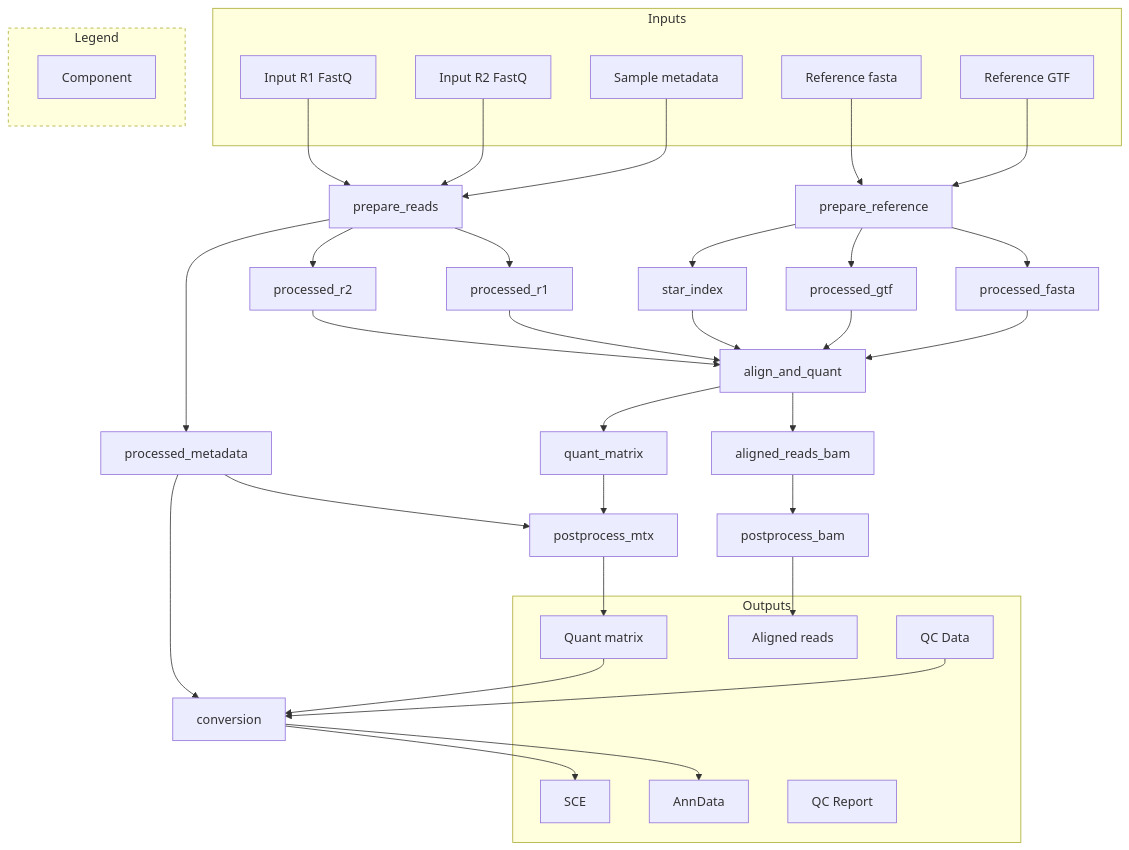
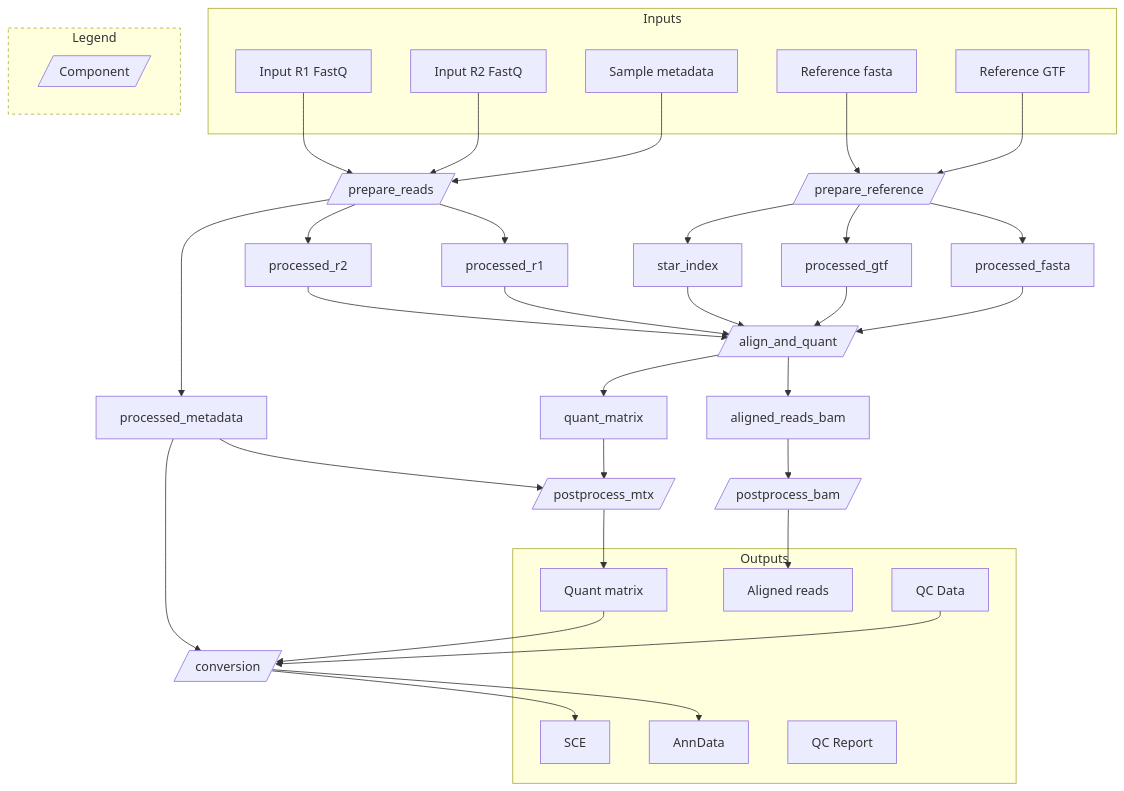
One commit to viash-hub/rnaseq changed the first of 3 diagrams in README.qmd. Above: the diagram before and after it, drawn with Mermaid. The commit also changed other lines of this file and 1 other file, not shown here.

Commit message:
change component shape

````diff
--- a/README.qmd
+++ b/README.qmd
@@ -14,48 +14,48 @@
 ```{mermaid}
 flowchart TB
 
   subgraph inputs[Inputs]
     input_r1[Input R1 FastQ]
     input_r2[Input R2 FastQ]
     sample_metadata[Sample metadata]
     reference_fasta[Reference fasta]
     reference_gtf[Reference GTF]
   end
   inputs:::io
 
   input_r1 & input_r2 & sample_metadata --> prepare_reads --> processed_r1 & processed_r2 & processed_metadata
-  prepare_reads:::comp
+  prepare_reads[/prepare_reads/]:::comp
 
   reference_fasta & reference_gtf --> prepare_reference --> processed_fasta & processed_gtf & star_index
-  prepare_reference:::comp
+  prepare_reference[/prepare_reference/]:::comp
 
   processed_r1 & processed_r2 & star_index & processed_fasta & processed_gtf --> align_and_quant --> aligned_reads_bam & quant_matrix
-  align_and_quant:::comp
+  align_and_quant[/align_and_quant/]:::comp
 
   aligned_reads_bam --> postprocess_bam --> output_aligned_reads_bam
-  postprocess_bam:::comp
+  postprocess_bam[/postprocess_bam/]:::comp
 
   quant_matrix & processed_metadata --> postprocess_mtx --> output_quant_matrix
-  postprocess_mtx:::comp
+  postprocess_mtx[/postprocess_mtx/]:::comp
 
   processed_metadata & output_quant_matrix & output_combined_qc_data --> conversion --> output_anndata & output_sce
-  conversion:::comp
+  conversion[/conversion/]:::comp
 
   subgraph outputs[Outputs]
     output_aligned_reads_bam[Aligned reads]
     output_quant_matrix[Quant matrix]
     output_combined_qc_data[QC Data]
     output_combined_qc_report[QC Report]
     output_anndata[AnnData]
     output_sce[SCE]
   end
   outputs:::io
 
   subgraph legend[Legend]
-    comp[Component]:::comp
+    comp[/Component/]:::comp
   end
   legend:::info
 
 
   classDef info stroke-dasharray: 4 4
 ```
````
